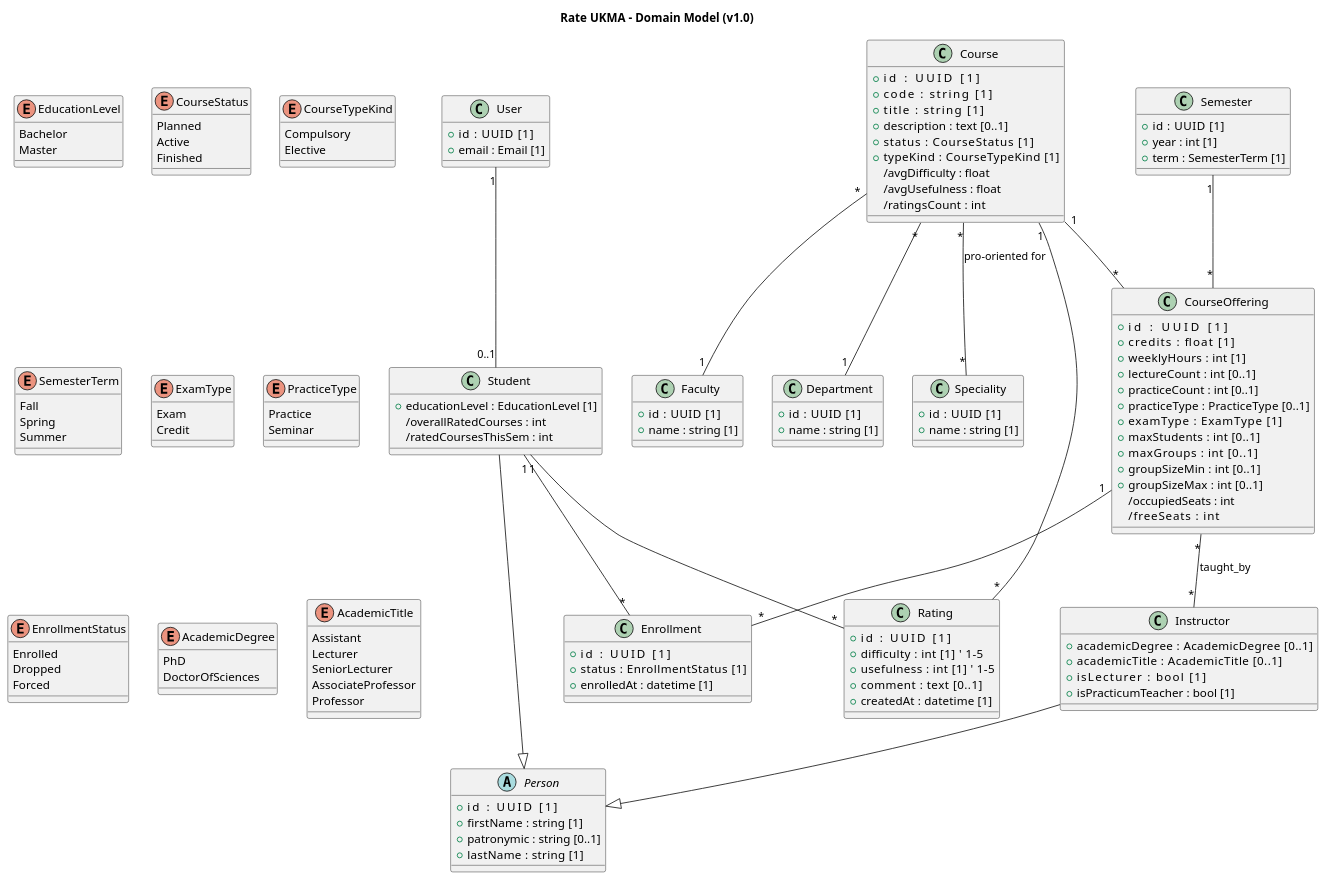
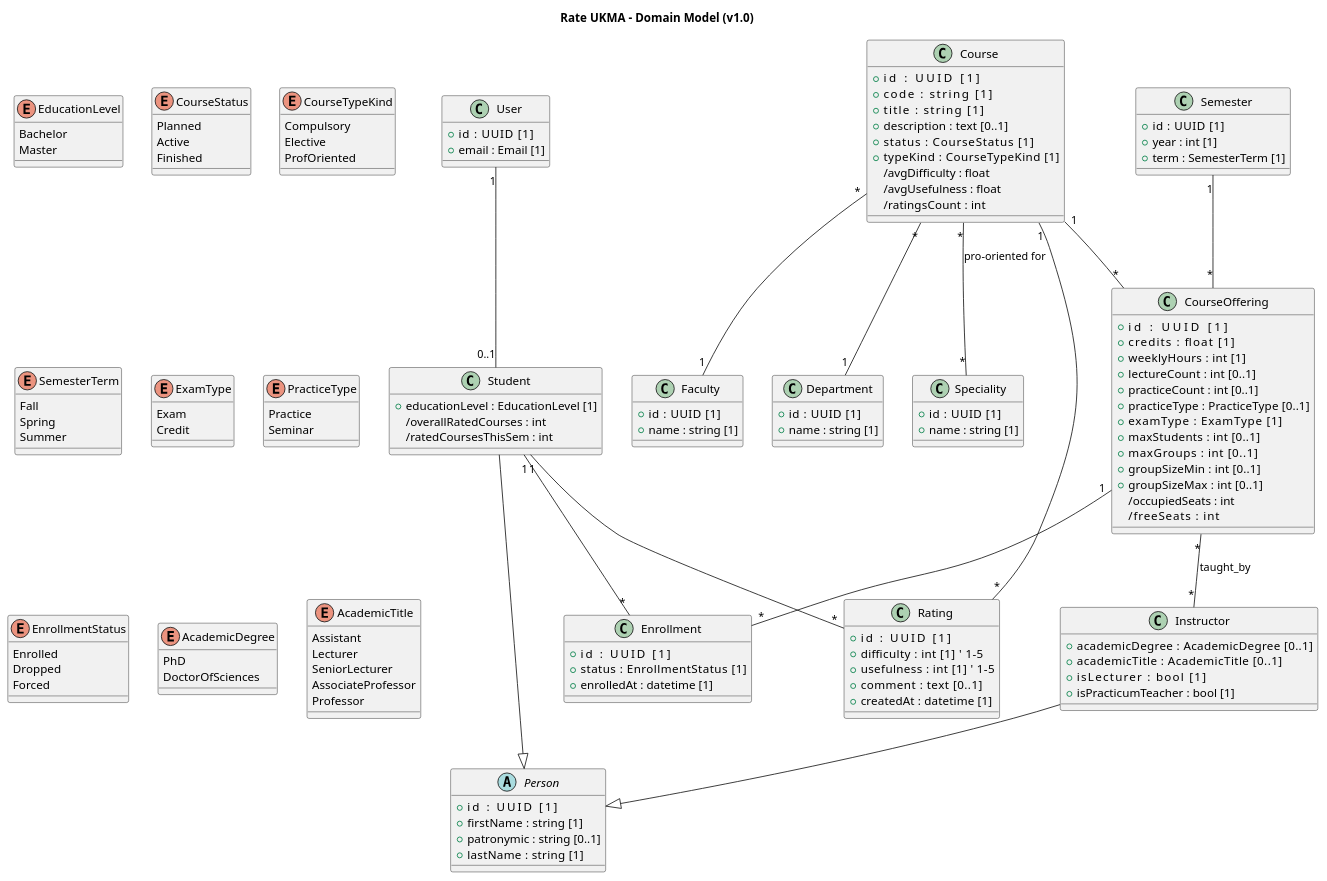
One commit to ukma-cs-ssdm-2025/rate-ukma changed the diagram in docs/architecture/uml/domain-model.puml. Above: the diagram before and after it, drawn with PlantUML.

Commit message:
docs(#86): add ProfOriented to CourseTypeKind enum

```diff
--- a/docs/architecture/uml/domain-model.puml
+++ b/docs/architecture/uml/domain-model.puml
@@ -1,156 +1,157 @@
 @startuml core-domain-model
 title Rate UKMA – Domain Model (v1.0)
 
 class User {
   +id    : UUID [1]
   +email : Email [1]
 }
 
 abstract class Person {
   +id         : UUID [1]
   +firstName  : string [1]
   +patronymic : string [0..1]
   +lastName   : string [1]
 }
 
 class Student {
   +educationLevel : EducationLevel [1]
   /overallRatedCourses : int
   /ratedCoursesThisSem : int
 }
 User "1" -- "0..1" Student
 Student --|> Person
 
 class Instructor {
   +academicDegree     : AcademicDegree [0..1]
   +academicTitle      : AcademicTitle [0..1]
   +isLecturer         : bool [1]
   +isPracticumTeacher : bool [1]
 }
 Instructor --|> Person
 
 class Faculty {
   +id   : UUID [1]
   +name : string [1]
 }
 
 class Department {
   +id   : UUID [1]
   +name : string [1]
 }
 
 class Speciality {
   +id   : UUID [1]
   +name : string [1]
 }
 
 class Course {
   +id           : UUID [1]
   +code         : string [1]
   +title        : string [1]
   +description  : text [0..1]
   +status       : CourseStatus [1]
   +typeKind     : CourseTypeKind [1]
   /avgDifficulty : float
   /avgUsefulness : float
   /ratingsCount  : int
 }
 Course "*" -- "1" Faculty
 Course "*" -- "1" Department
 Course "*" -- "*" Speciality : pro-oriented for
 
 class Semester {
   +id   : UUID [1]
   +year : int [1]
   +term : SemesterTerm [1]
 }
 
 class CourseOffering {
   +id            : UUID [1]
   +credits       : float [1]
   +weeklyHours   : int [1]
   +lectureCount  : int [0..1]
   +practiceCount : int [0..1]
   +practiceType  : PracticeType [0..1]
   +examType      : ExamType [1]
   +maxStudents   : int [0..1]
   +maxGroups     : int [0..1]
   +groupSizeMin  : int [0..1]
   +groupSizeMax  : int [0..1]
   /occupiedSeats : int
   /freeSeats     : int
 }
 Course "1"   -- "*" CourseOffering
 Semester "1" -- "*" CourseOffering
 CourseOffering "*" -- "*" Instructor : taught_by
 
 class Enrollment {
   +id         : UUID [1]
   +status     : EnrollmentStatus [1]
   +enrolledAt : datetime [1]
 }
 Student "1"        -- "*" Enrollment
 CourseOffering "1" -- "*" Enrollment
 
 class Rating {
   +id         : UUID [1]
   +difficulty : int [1]    ' 1–5
   +usefulness : int [1]    ' 1–5
   +comment    : text [0..1]
   +createdAt  : datetime [1]
 }
 Student "1" -- "*" Rating
 Course  "1" -- "*" Rating
 
 enum EducationLevel {
   Bachelor
   Master
 }
 
 enum CourseStatus {
   Planned
   Active
   Finished
 }
 
 enum CourseTypeKind {
   Compulsory
   Elective
+  ProfOriented
 }
 
 enum SemesterTerm {
   Fall
   Spring
   Summer
 }
 
 enum ExamType {
   Exam
   Credit
 }
 
 enum PracticeType {
   Practice
   Seminar
 }
 
 enum EnrollmentStatus {
   Enrolled
   Dropped
   Forced
 }
 
 enum AcademicDegree {
   PhD
   DoctorOfSciences
 }
 
 enum AcademicTitle {
   Assistant
   Lecturer
   SeniorLecturer
   AssociateProfessor   
   Professor            
 }
 
 @enduml
```
